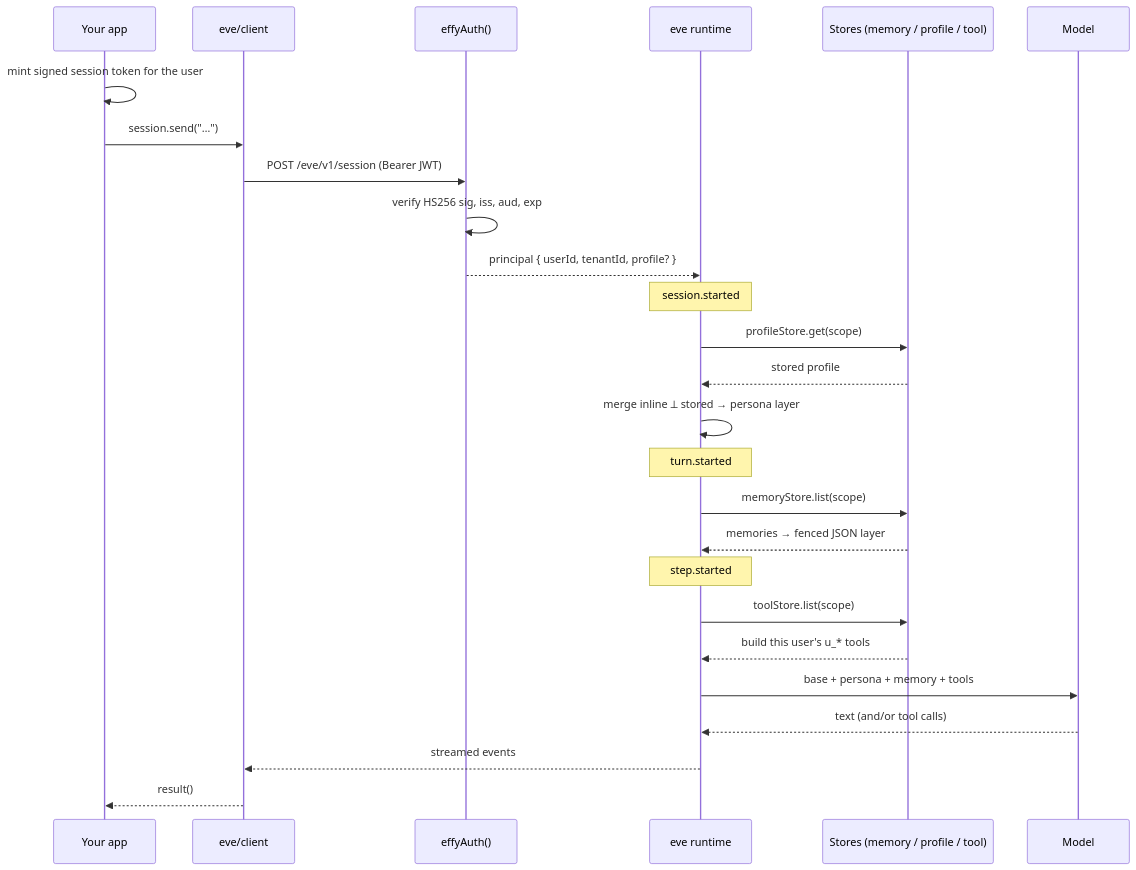
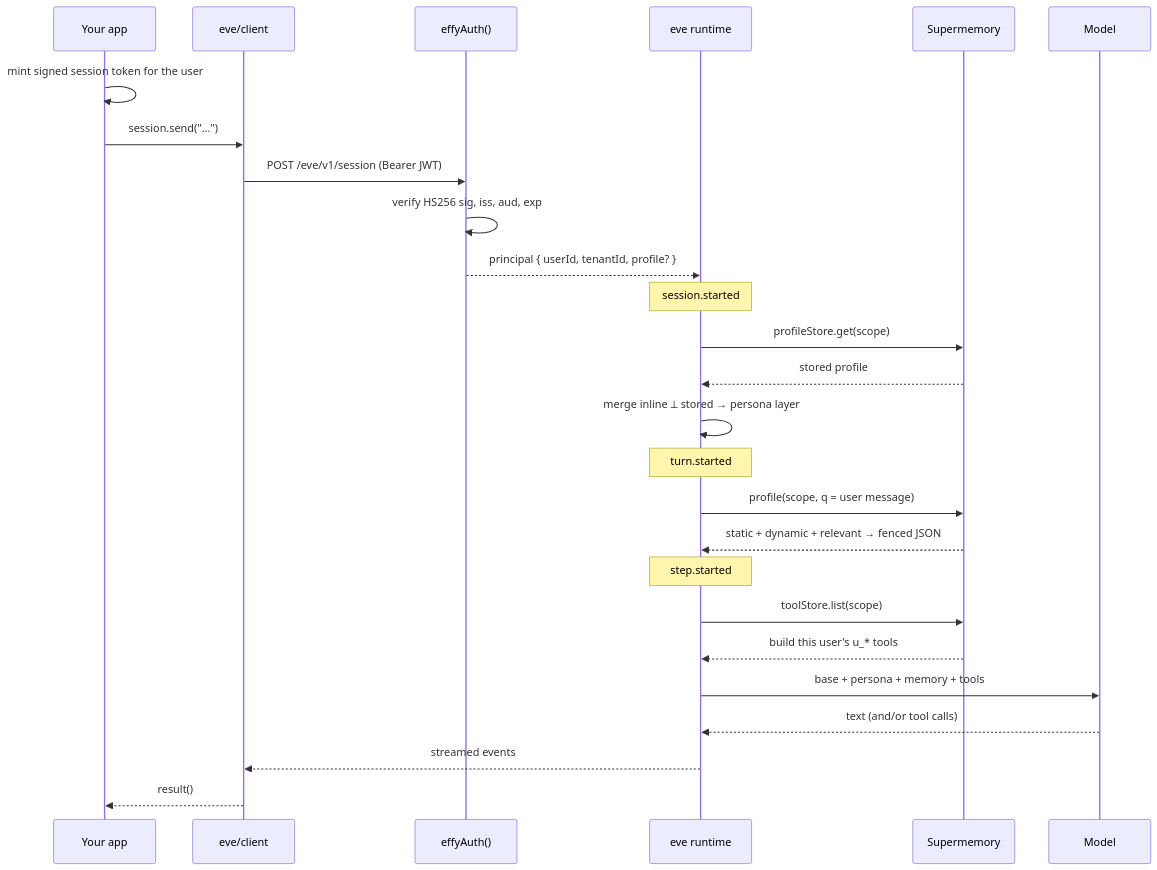
One commit to agentico-labs/agentico-docs changed the second of 2 diagrams in architecture.mdx. Above: the diagram before and after it, drawn with Mermaid. The commit also changed other lines of this file and 9 other files, not shown here.

````diff
--- a/architecture.mdx
+++ b/architecture.mdx
@@ -42,33 +42,33 @@
 ```mermaid
 sequenceDiagram
   participant App as Your app
   participant SDK as eve/client
   participant Auth as effyAuth()
   participant Eve as eve runtime
-  participant Store as Stores (memory / profile / tool)
+  participant Store as Supermemory
   participant Model as Model
 
   App->>App: mint signed session token for the user
   App->>SDK: session.send("…")
   SDK->>Auth: POST /eve/v1/session (Bearer JWT)
   Auth->>Auth: verify HS256 sig, iss, aud, exp
   Auth-->>Eve: principal { userId, tenantId, profile? }
 
   Note over Eve: session.started
   Eve->>Store: profileStore.get(scope)
   Store-->>Eve: stored profile
   Eve->>Eve: merge inline ⟂ stored → persona layer
 
   Note over Eve: turn.started
-  Eve->>Store: memoryStore.list(scope)
-  Store-->>Eve: memories → fenced JSON layer
+  Eve->>Store: profile(scope, q = user message)
+  Store-->>Eve: static + dynamic + relevant → fenced JSON
 
   Note over Eve: step.started
   Eve->>Store: toolStore.list(scope)
   Store-->>Eve: build this user's u_* tools
 
   Eve->>Model: base + persona + memory + tools
   Model-->>Eve: text (and/or tool calls)
   Eve-->>SDK: streamed events
   SDK-->>App: result()
 ```
````
